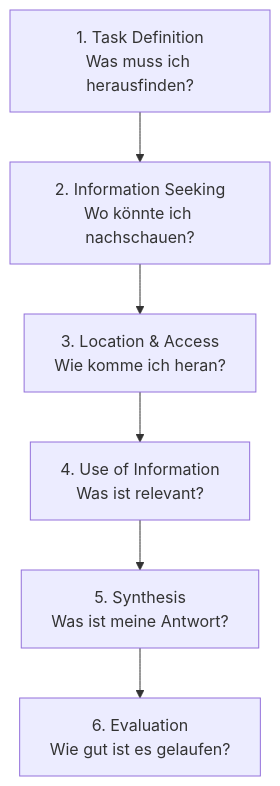
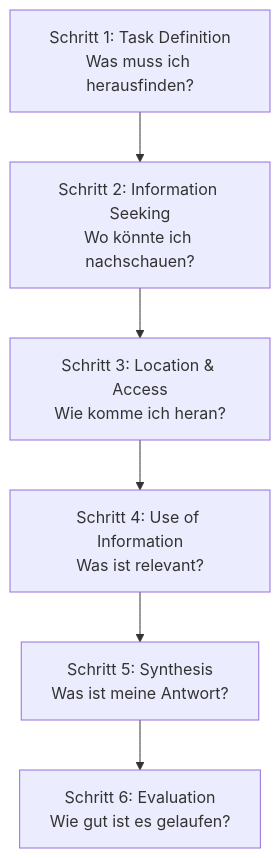
The diagram in content/TBZ/Modul 334/W06 – Big-6-Modell & Research-Plan.md (Gamingburger007/ict-lehre-portfolio), drawn with Mermaid before and after one commit. The commit also changed 4 other files, not shown here.

Commit message:
Überblick-Seiten, Diagramm-Fix, Lesemodus entfernt

````diff
--- a/content/TBZ/Modul 334/W06 – Big-6-Modell & Research-Plan.md
+++ b/content/TBZ/Modul 334/W06 – Big-6-Modell & Research-Plan.md
@@ -9,8 +9,8 @@
 ```mermaid
 flowchart TD
-    S1["1. Task Definition<br/>Was muss ich herausfinden?"] --> S2["2. Information Seeking<br/>Wo könnte ich nachschauen?"]
-    S2 --> S3["3. Location & Access<br/>Wie komme ich heran?"]
-    S3 --> S4["4. Use of Information<br/>Was ist relevant?"]
-    S4 --> S5["5. Synthesis<br/>Was ist meine Antwort?"]
-    S5 --> S6["6. Evaluation<br/>Wie gut ist es gelaufen?"]
+    S1["Schritt 1: Task Definition<br/>Was muss ich herausfinden?"] --> S2["Schritt 2: Information Seeking<br/>Wo könnte ich nachschauen?"]
+    S2 --> S3["Schritt 3: Location & Access<br/>Wie komme ich heran?"]
+    S3 --> S4["Schritt 4: Use of Information<br/>Was ist relevant?"]
+    S4 --> S5["Schritt 5: Synthesis<br/>Was ist meine Antwort?"]
+    S5 --> S6["Schritt 6: Evaluation<br/>Wie gut ist es gelaufen?"]
 ```
````
